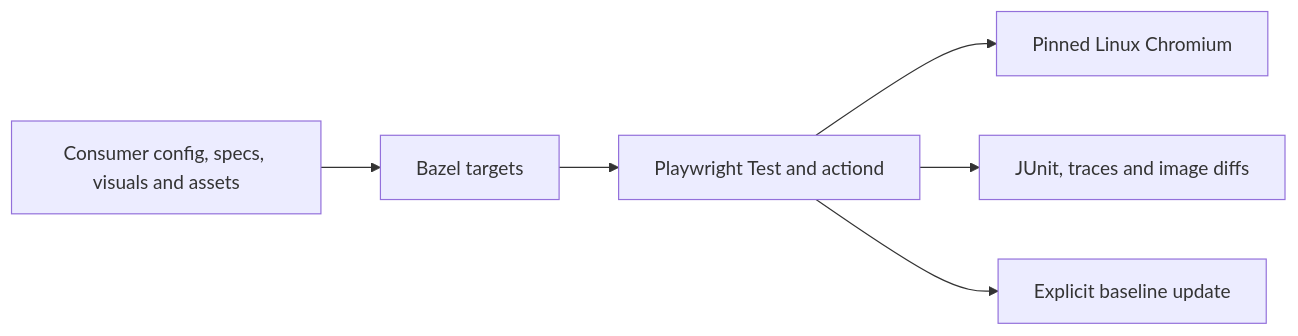
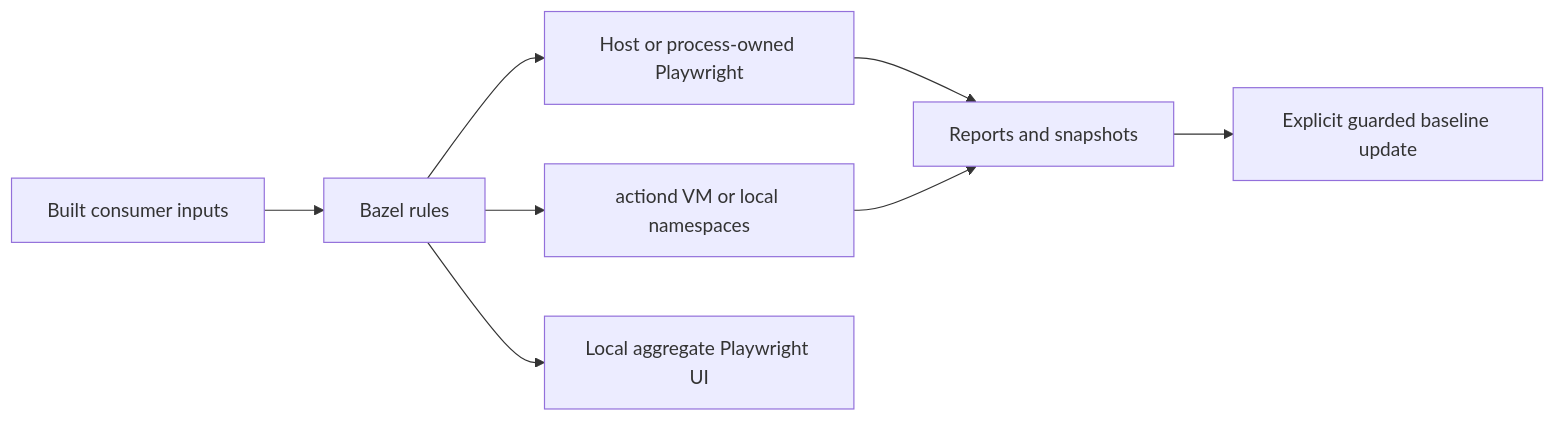
Before and after one commit to perplexityai/rules_web_e2e: the diagram in docs/oss-browser-testing-plan.md, drawn with Mermaid. The commit also changed other lines of this file and 18 other files, not shown here.

````diff
--- a/docs/oss-browser-testing-plan.md
+++ b/docs/oss-browser-testing-plan.md
@@ -11,8 +14,10 @@
 ```mermaid
 flowchart LR
-  Inputs[Consumer config, specs, visuals and assets] --> Rules[Bazel targets]
-  Rules --> Runtime[Playwright Test and actiond]
-  Runtime --> Browser[Pinned Linux Chromium]
-  Runtime --> Reports[JUnit, traces and image diffs]
-  Runtime --> Update[Explicit baseline update]
+  Inputs[Built consumer inputs] --> Rules[Bazel rules]
+  Rules --> Host[Host or process-owned Playwright]
+  Rules --> Linux[actiond VM or local namespaces]
+  Rules --> UI[Local aggregate Playwright UI]
+  Host --> Reports[Reports and snapshots]
+  Linux --> Reports
+  Reports --> Update[Explicit guarded baseline update]
 ```
````
